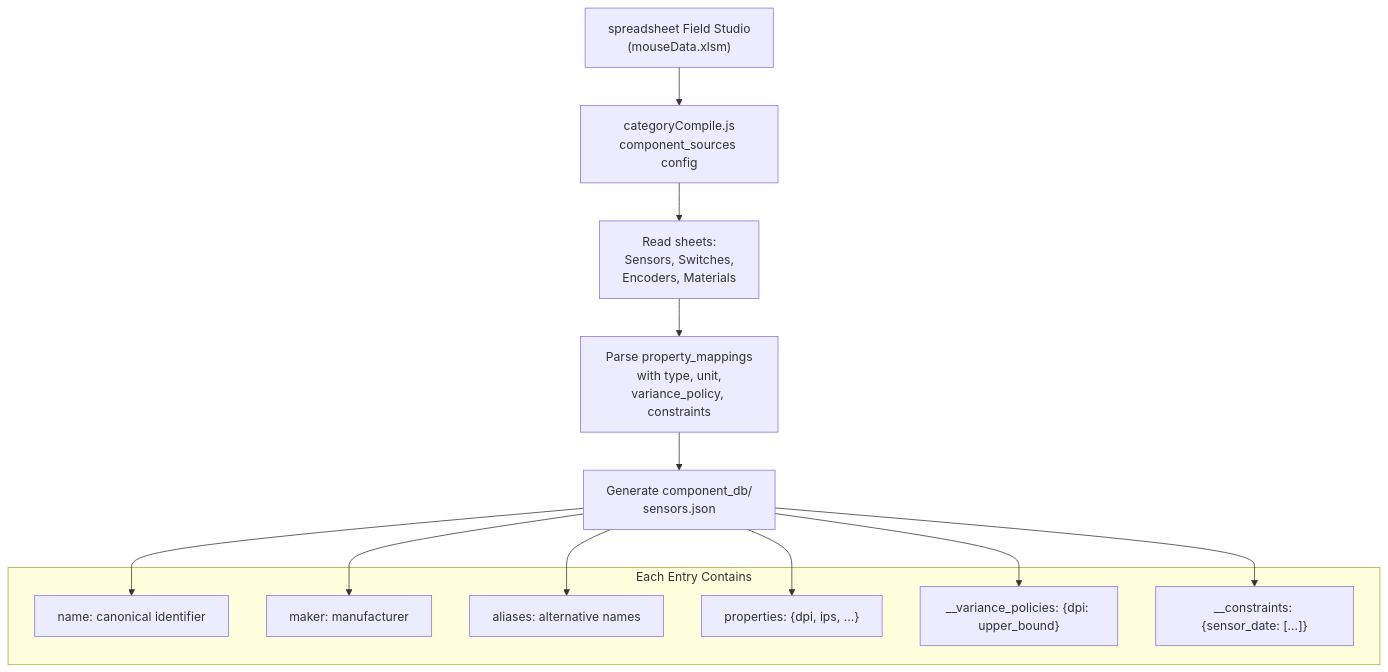
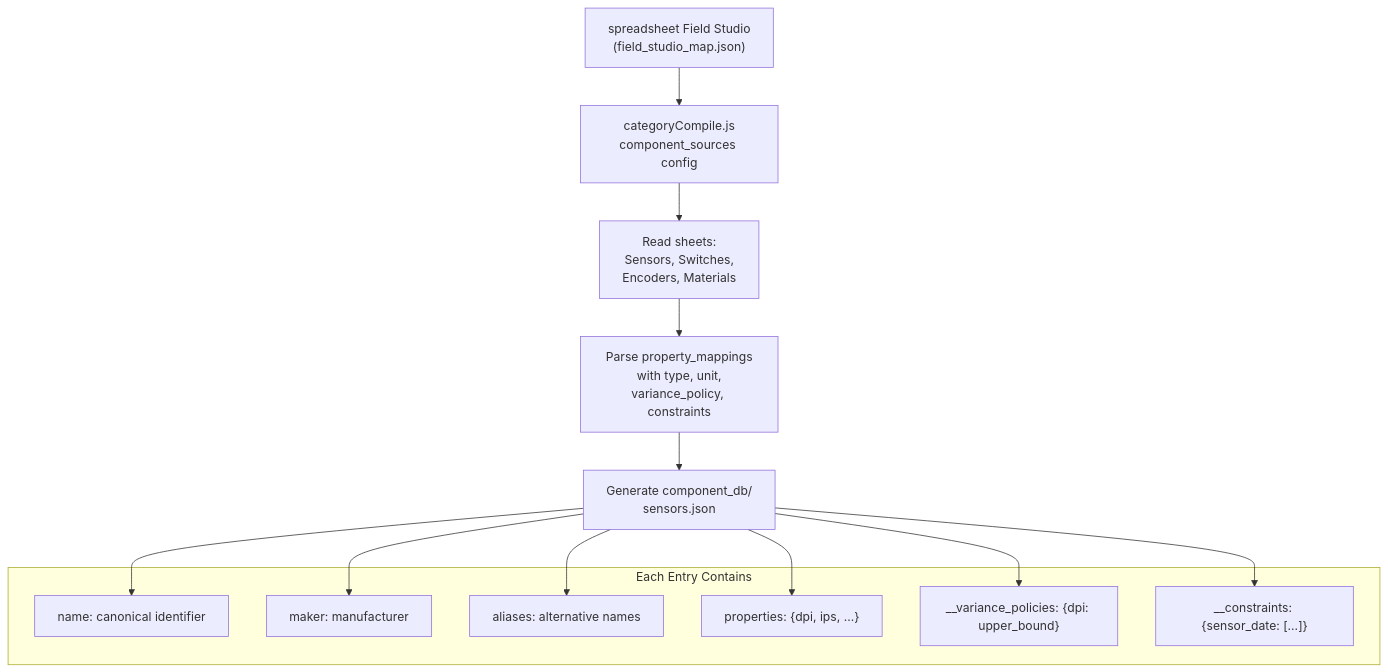
The fifth of 17 diagrams in implementation/ai-implementation-plans/architecture.md (CdubVentures/Spec-Factory), drawn with Mermaid before and after one commit. The commit also changed other lines of this file and 108 other files, not shown here.

````diff
--- a/implementation/ai-implementation-plans/architecture.md
+++ b/implementation/ai-implementation-plans/architecture.md
@@ -337,23 +340,23 @@
 ```mermaid
 flowchart TD
-    A["spreadsheet Field Studio<br/>(mouseData.xlsm)"] --> B["categoryCompile.js<br/>component_sources config"]
+    A["spreadsheet Field Studio<br/>(field_studio_map.json)"] --> B["categoryCompile.js<br/>component_sources config"]
     B --> C["Read sheets:<br/>Sensors, Switches,<br/>Encoders, Materials"]
     C --> D["Parse property_mappings<br/>with type, unit,<br/>variance_policy, constraints"]
     D --> E["Generate component_db/<br/>sensors.json"]
 
     subgraph "Each Entry Contains"
         F["name: canonical identifier"]
         G["maker: manufacturer"]
         H["aliases: alternative names"]
         I["properties: {dpi, ips, ...}"]
         J["__variance_policies: {dpi: upper_bound}"]
         K["__constraints: {sensor_date: [...]}"]
     end
 
     E --> F
     E --> G
     E --> H
     E --> I
     E --> J
     E --> K
 ```
````
